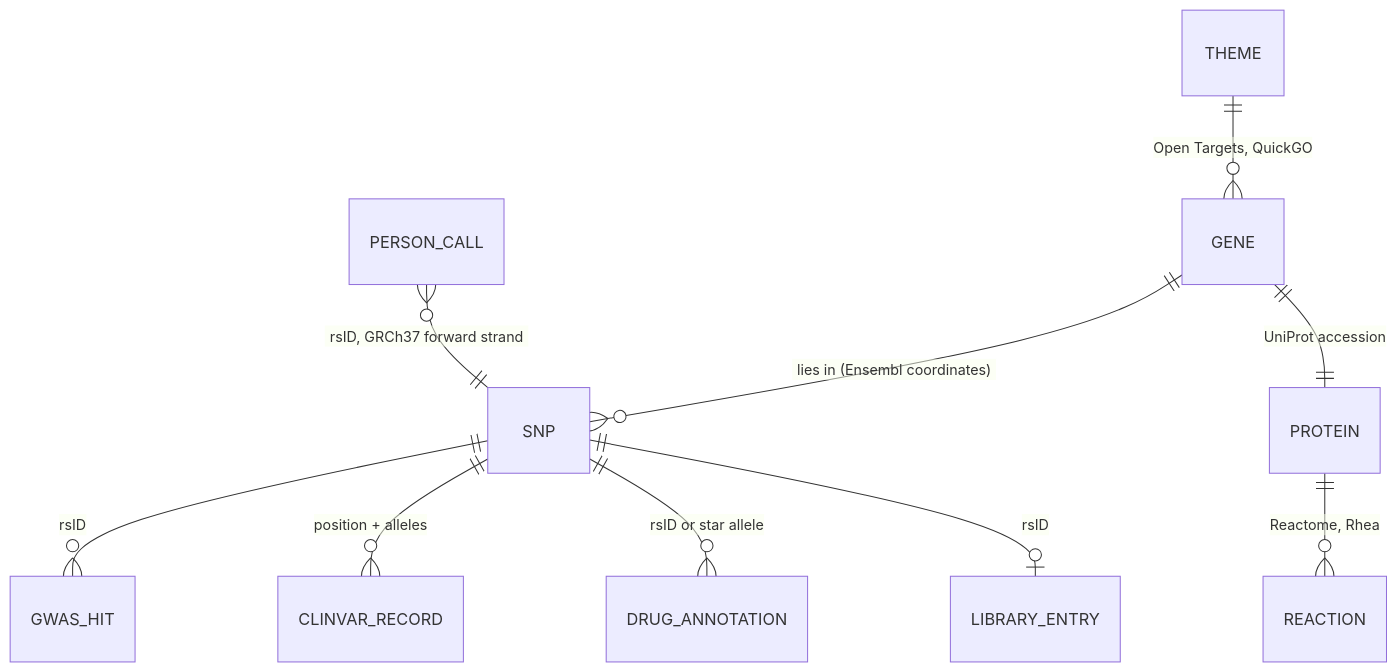
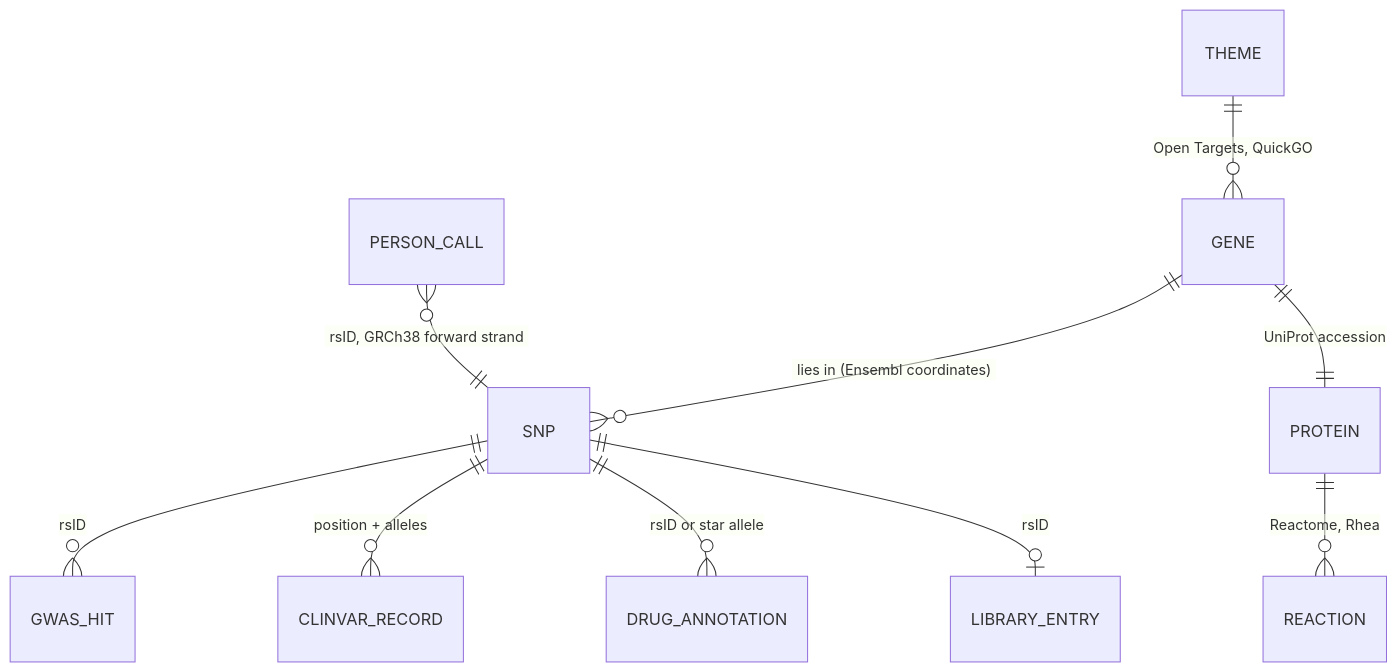
The third of 3 diagrams in docs/architecture/README.md (Lyceriuss/DNA-Analyzer), drawn with Mermaid before and after one commit. The commit also changed other lines of this file and 6 other files, not shown here.

First line of the commit message:
Architecture docs: current imputation, pack and lite mode; migration page removed

````diff
--- a/docs/architecture/README.md
+++ b/docs/architecture/README.md
@@ -101,12 +104,12 @@
 ```mermaid
 erDiagram
     GENE ||--o{ SNP : "lies in (Ensembl coordinates)"
     GENE ||--|| PROTEIN : "UniProt accession"
     PROTEIN ||--o{ REACTION : "Reactome, Rhea"
     THEME ||--o{ GENE : "Open Targets, QuickGO"
     SNP ||--o{ GWAS_HIT : "rsID"
     SNP ||--o{ CLINVAR_RECORD : "position + alleles"
     SNP ||--o{ DRUG_ANNOTATION : "rsID or star allele"
     SNP ||--o| LIBRARY_ENTRY : "rsID"
-    PERSON_CALL }o--|| SNP : "rsID, GRCh37 forward strand"
+    PERSON_CALL }o--|| SNP : "rsID, GRCh38 forward strand"
 ```
````
